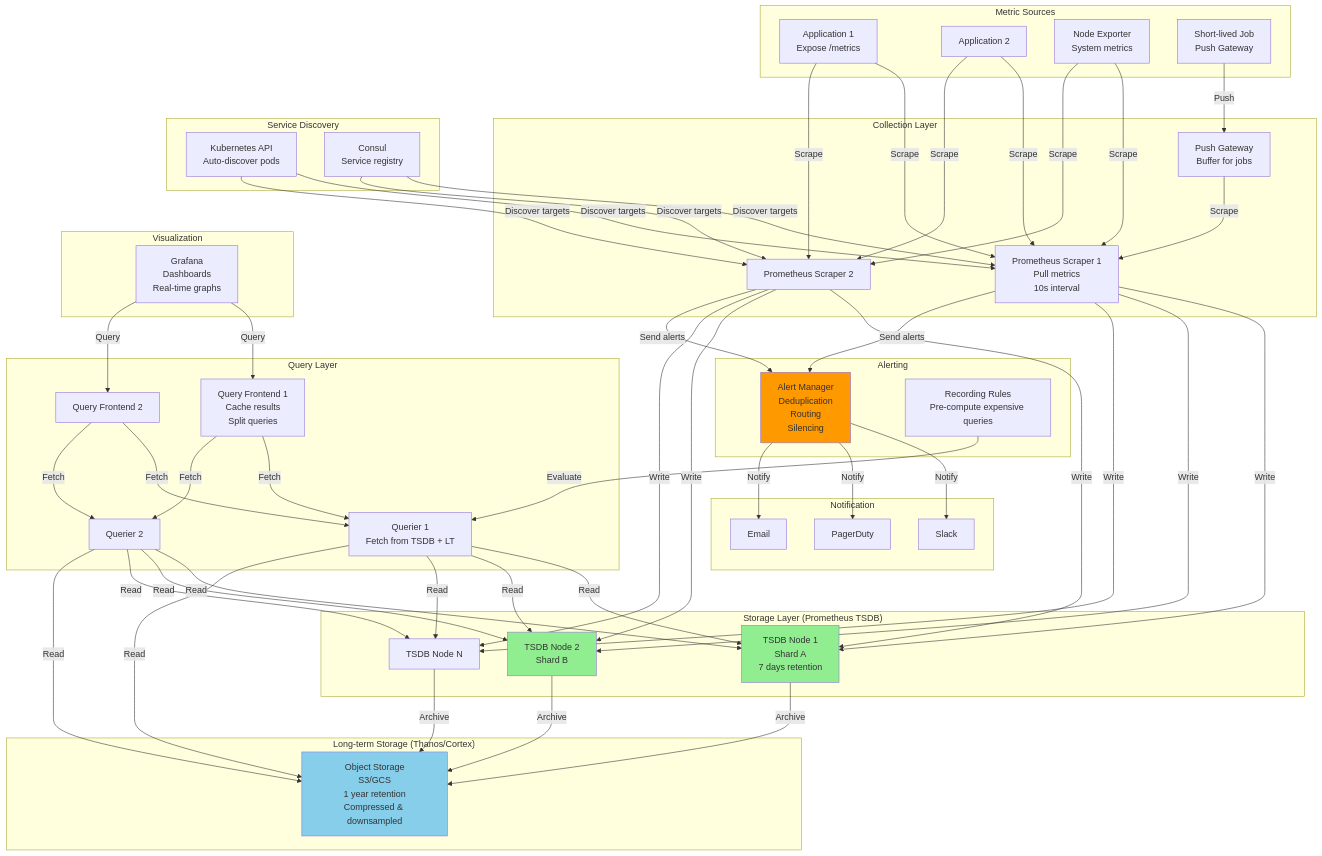
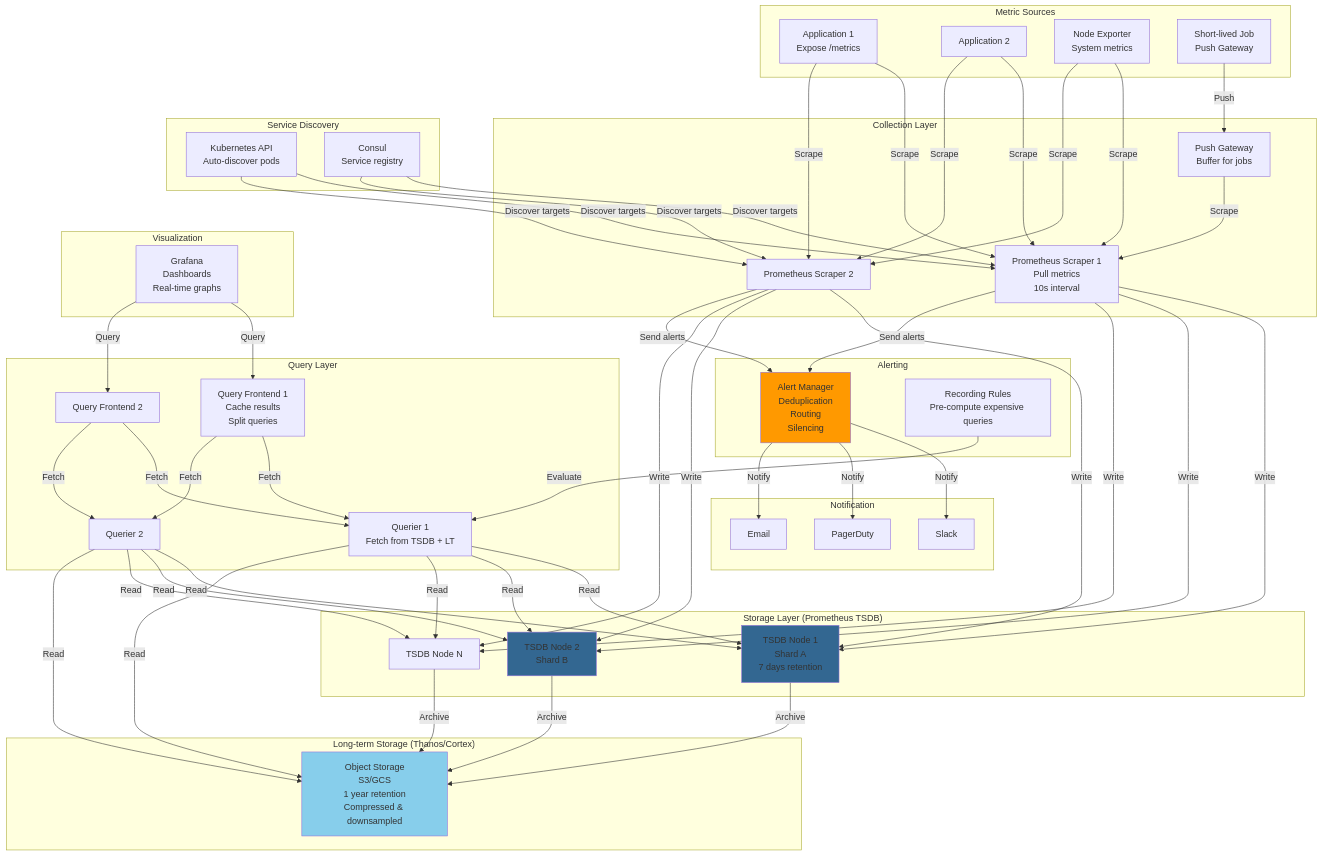
Before and after one commit to atulRanaa/problem-solving: the diagram in Distributed Systems/System Design/Metrics Collection & Monitoring System.md, drawn with Mermaid. The commit also changed 22 other files, not shown here.

````diff
--- a/Distributed Systems/System Design/Metrics Collection & Monitoring System.md
+++ b/Distributed Systems/System Design/Metrics Collection & Monitoring System.md
@@ -497,82 +497,82 @@
 ```mermaid
 graph TB
     subgraph "Metric Sources"
         APP1[Application 1<br/>Expose /metrics]
         APP2[Application 2]
         NODE1[Node Exporter<br/>System metrics]
         PUSH[Short-lived Job<br/>Push Gateway]
     end
     
     subgraph "Collection Layer"
         SCRAPER1[Prometheus Scraper 1<br/>Pull metrics<br/>10s interval]
         SCRAPER2[Prometheus Scraper 2]
         
         PUSHGW[Push Gateway<br/>Buffer for jobs]
     end
     
     subgraph "Storage Layer (Prometheus TSDB)"
         TSDB1[TSDB Node 1<br/>Shard A<br/>7 days retention]
         TSDB2[TSDB Node 2<br/>Shard B]
         TSDB3[TSDB Node N]
     end
     
     subgraph "Long-term Storage (Thanos/Cortex)"
         LONGTERM[Object Storage<br/>S3/GCS<br/>1 year retention<br/>Compressed & downsampled]
     end
     
     subgraph "Query Layer"
         QUERY1[Query Frontend 1<br/>Cache results<br/>Split queries]
         QUERY2[Query Frontend 2]
         
         QUERIER1[Querier 1<br/>Fetch from TSDB + LT]
         QUERIER2[Querier 2]
     end
     
     subgraph "Alerting"
         ALERTMGR[Alert Manager<br/>Deduplication<br/>Routing<br/>Silencing]
         
         RULES[Recording Rules<br/>Pre-compute expensive queries]
     end
     
     subgraph "Visualization"
         GRAFANA[Grafana<br/>Dashboards<br/>Real-time graphs]
     end
     
     subgraph "Notification"
         SLACK[Slack]
         PAGER[PagerDuty]
         EMAIL[Email]
     end
     
     subgraph "Service Discovery"
         K8S[Kubernetes API<br/>Auto-discover pods]
         CONSUL[Consul<br/>Service registry]
     end
     
     APP1 & APP2 & NODE1 -->|Scrape| SCRAPER1
     APP1 & APP2 & NODE1 -->|Scrape| SCRAPER2
     
     PUSH -->|Push| PUSHGW
     PUSHGW -->|Scrape| SCRAPER1
     
     K8S & CONSUL -->|Discover targets| SCRAPER1 & SCRAPER2
     
     SCRAPER1 & SCRAPER2 -->|Write| TSDB1 & TSDB2 & TSDB3
     
     TSDB1 & TSDB2 & TSDB3 -->|Archive| LONGTERM
     
     GRAFANA -->|Query| QUERY1 & QUERY2
     RULES -->|Evaluate| QUERIER1
     
     QUERY1 & QUERY2 -->|Fetch| QUERIER1 & QUERIER2
     QUERIER1 & QUERIER2 -->|Read| TSDB1 & TSDB2 & TSDB3
     QUERIER1 & QUERIER2 -->|Read| LONGTERM
     
     SCRAPER1 & SCRAPER2 -->|Send alerts| ALERTMGR
     ALERTMGR -->|Notify| SLACK & PAGER & EMAIL
     
-    style TSDB1 fill:#90EE90
-    style TSDB2 fill:#90EE90
+    style TSDB1 fill:#336791
+    style TSDB2 fill:#336791
     style LONGTERM fill:#87CEEB
     style ALERTMGR fill:#ff9900
 ```
````
